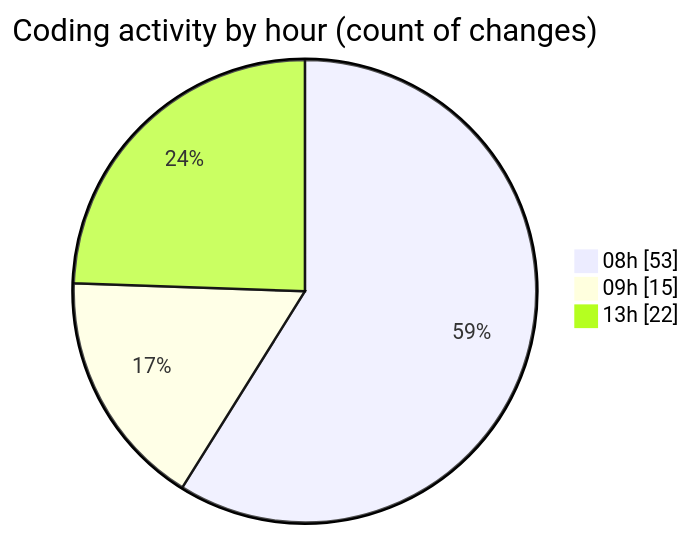
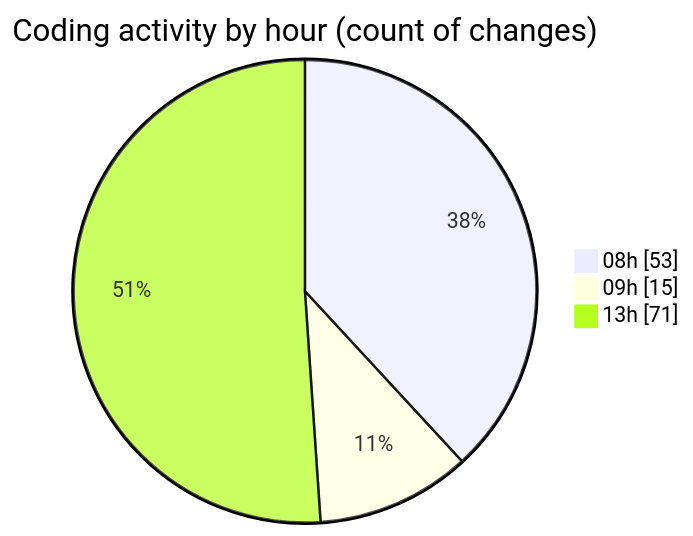
Before and after one commit to momahboobian/code-tracking: the second of 2 diagrams in 2026-05-01/cda/README.md, drawn with Mermaid. The commit also changed other lines of this file and 1 other file, not shown here.

````diff
--- a/2026-05-01/cda/README.md
+++ b/2026-05-01/cda/README.md
@@ -73,7 +73,7 @@
 ```mermaid
 pie showData
 title Coding activity by hour (count of changes)
 "08h" : 53
 "09h" : 15
-"13h" : 22
+"13h" : 71
 ```
````
